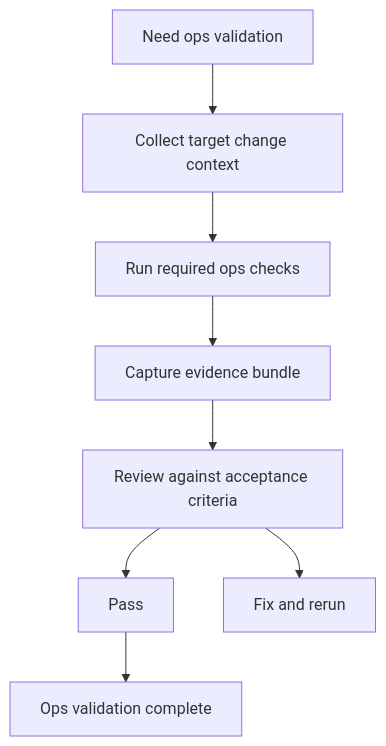
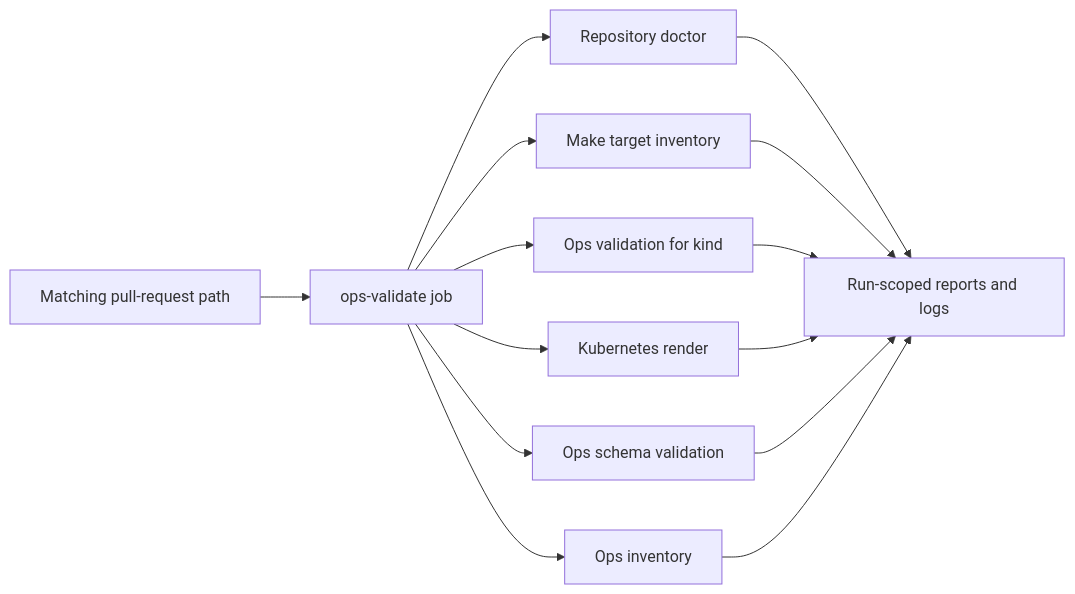
One commit to bijux/bijux-atlas changed the diagram in docs/bijux-atlas-dev/workflow-ownership/ops-validation-workflow.md. Above: the diagram before and after it, drawn with Mermaid. The commit also changed other lines of this file and 2 other files, not shown here.

Commit message:
docs(workflows): map triggers evidence and review authority

````diff
--- a/docs/bijux-atlas-dev/workflow-ownership/ops-validation-workflow.md
+++ b/docs/bijux-atlas-dev/workflow-ownership/ops-validation-workflow.md
@@ -17,11 +17,16 @@
 ```mermaid
-flowchart TD
-    Need[Need ops validation] --> Context[Collect target change context]
-    Context --> Checks[Run required ops checks]
-    Checks --> Evidence[Capture evidence bundle]
-    Evidence --> Review[Review against acceptance criteria]
-    Review --> Pass[Pass]
-    Review --> Fix[Fix and rerun]
-
-    Pass --> Complete[Ops validation complete]
+flowchart LR
+    Change[Matching pull-request path] --> Lane[ops-validate job]
+    Lane --> Doctor[Repository doctor]
+    Lane --> Targets[Make target inventory]
+    Lane --> Validate[Ops validation for kind]
+    Lane --> Render[Kubernetes render]
+    Lane --> Schema[Ops schema validation]
+    Lane --> Inventory[Ops inventory]
+    Doctor --> Bundle[Run-scoped reports and logs]
+    Targets --> Bundle
+    Validate --> Bundle
+    Render --> Bundle
+    Schema --> Bundle
+    Inventory --> Bundle
 ```
````
